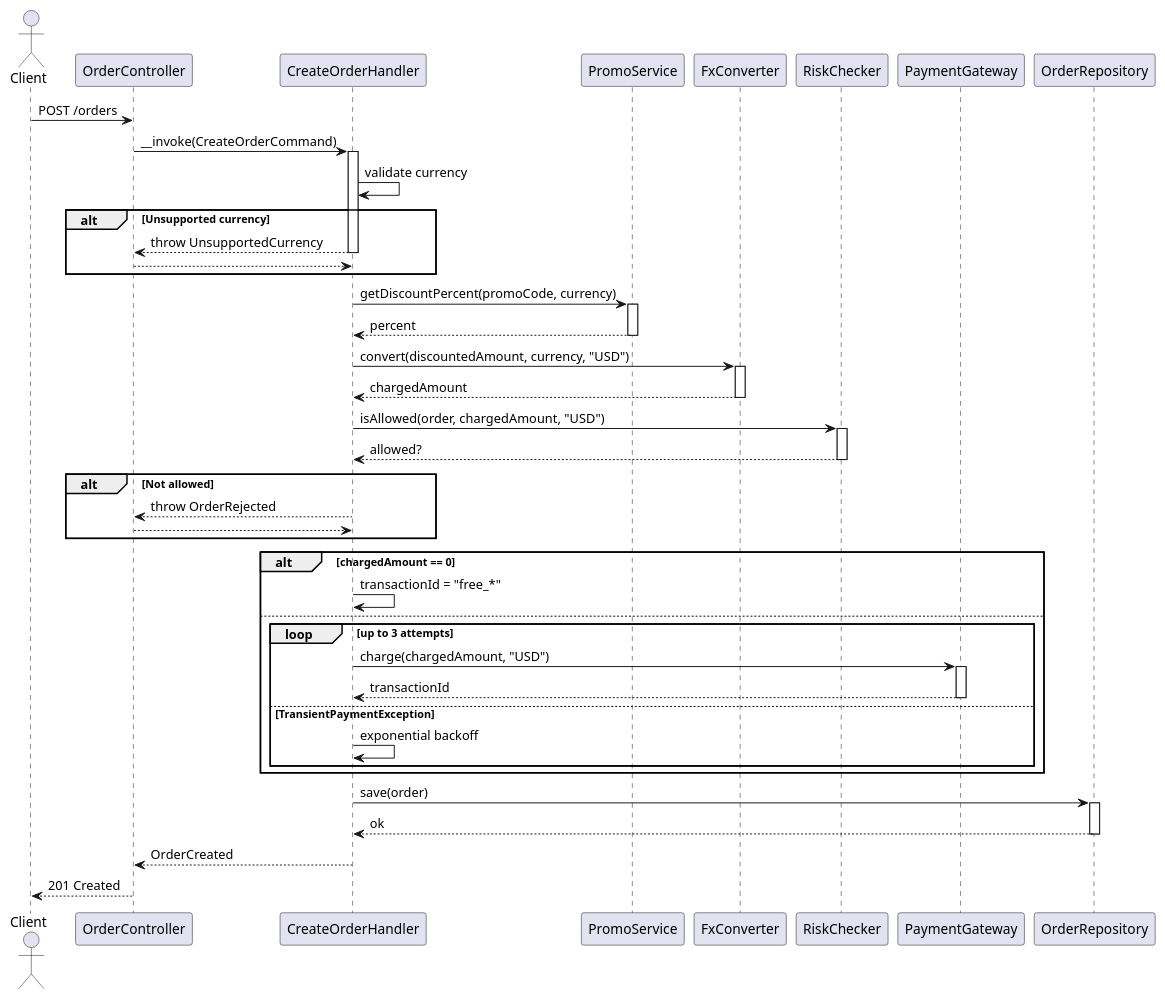
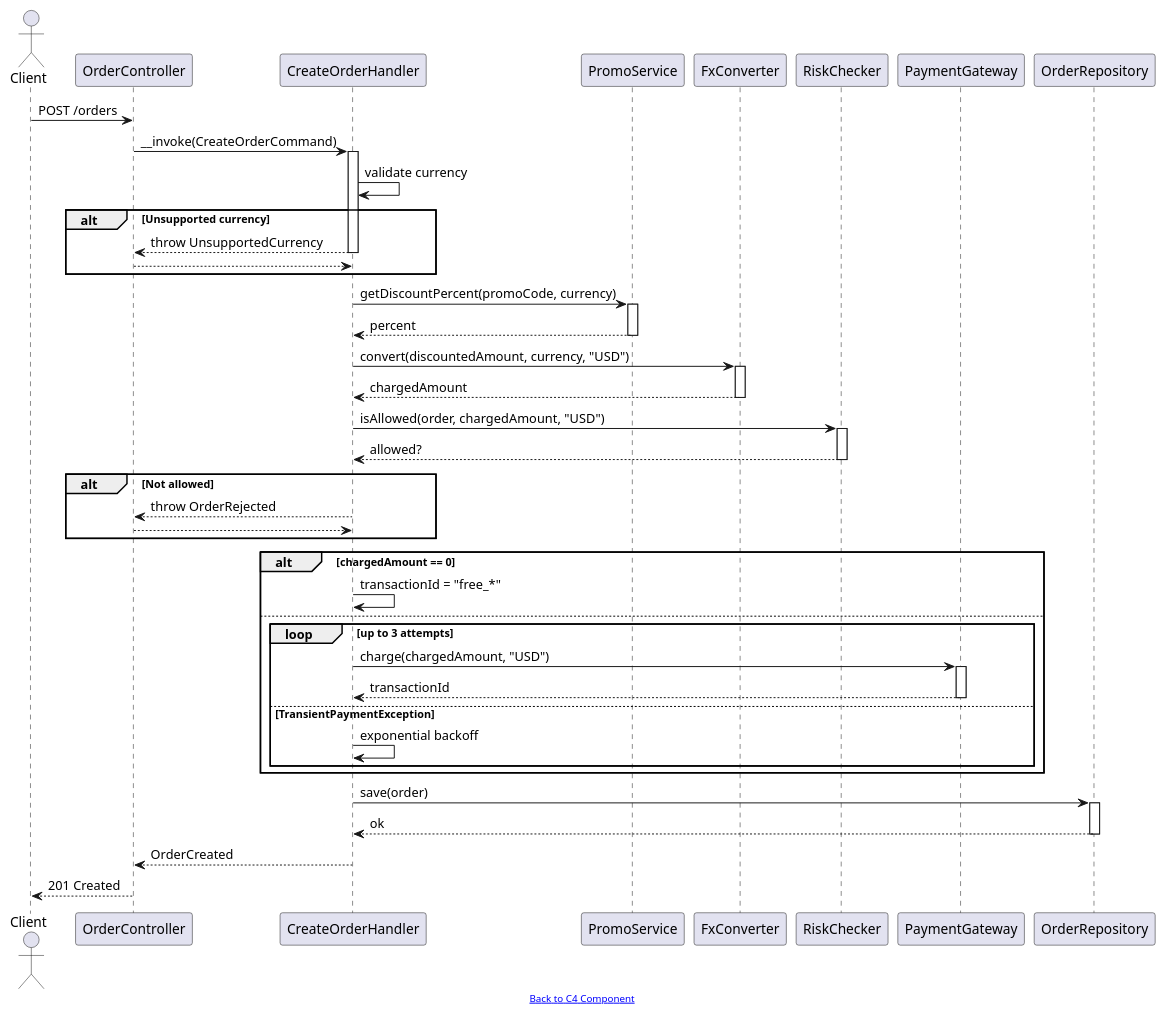
Before and after one commit to mundiir/meetup-2025-orders-service: the diagram in docs/sequence.puml, drawn with PlantUML. The commit also changed 3 other files, not shown here.

Commit message:
Update Diagrams

```diff
--- a/docs/sequence.puml
+++ b/docs/sequence.puml
@@ -1,67 +1,69 @@
 @startuml
 ' CreateOrder Use Case — Application Layer with activations
 
 actor Client
 participant "OrderController" as Controller
 participant "CreateOrderHandler" as Handler
 participant PromoService as Promo
 participant FxConverter as Fx
 participant RiskChecker as Risk
 participant PaymentGateway as Payment
 participant OrderRepository as Repo
 
 Client -> Controller: POST /orders
 Controller -> Handler: __invoke(CreateOrderCommand)
 activate Handler
 
 Handler -> Handler: validate currency
 alt Unsupported currency
   Handler --> Controller: throw UnsupportedCurrency
   deactivate Handler
   return
 end
 
 Handler -> Promo: getDiscountPercent(promoCode, currency)
 activate Promo
 Promo --> Handler: percent
 deactivate Promo
 
 Handler -> Fx: convert(discountedAmount, currency, "USD")
 activate Fx
 Fx --> Handler: chargedAmount
 deactivate Fx
 
 Handler -> Risk: isAllowed(order, chargedAmount, "USD")
 activate Risk
 Risk --> Handler: allowed?
 deactivate Risk
 
 alt Not allowed
   Handler --> Controller: throw OrderRejected
   deactivate Handler
   return
 end
 
 alt chargedAmount == 0
   Handler -> Handler: transactionId = "free_*"
 else
   loop up to 3 attempts
     Handler -> Payment: charge(chargedAmount, "USD")
     activate Payment
     Payment --> Handler: transactionId
     deactivate Payment
   else TransientPaymentException
     Handler -> Handler: exponential backoff
   end
 end
 
 Handler -> Repo: save(order)
 activate Repo
 Repo --> Handler: ok
 deactivate Repo
 
 Handler --> Controller: OrderCreated
 deactivate Handler
 Controller --> Client: 201 Created
 
+footer [[https://mundiir.github.io/meetup-2025-orders-service/c4-component.svg Back to C4 Component]]
+
 @enduml
```
